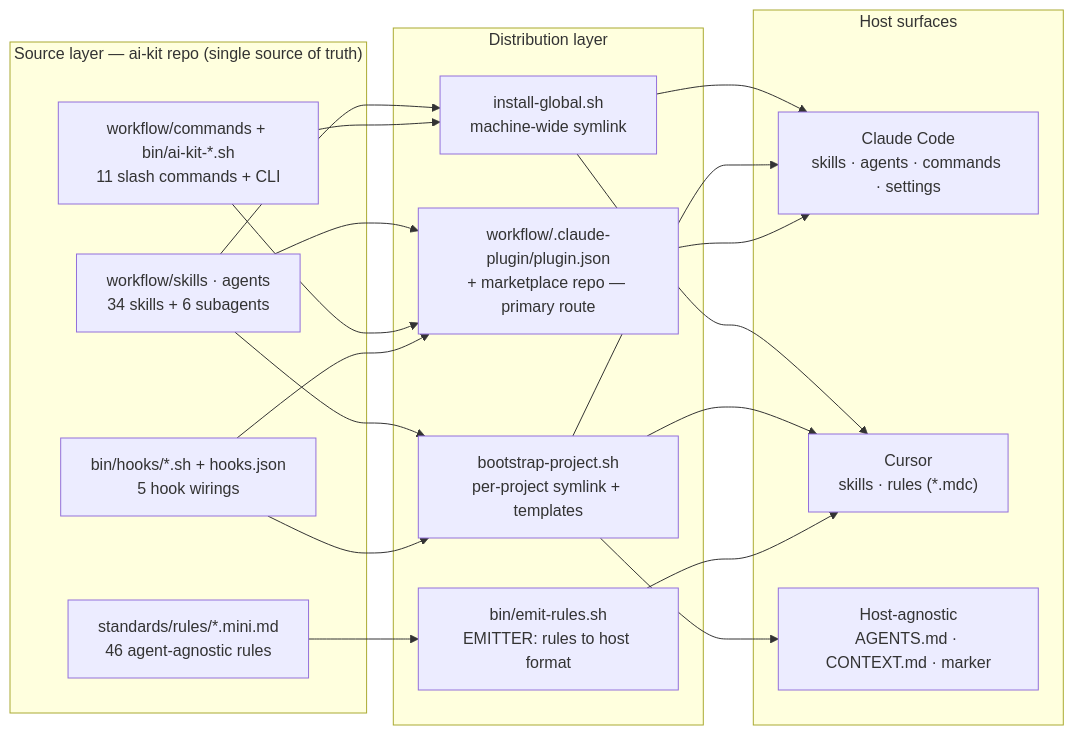
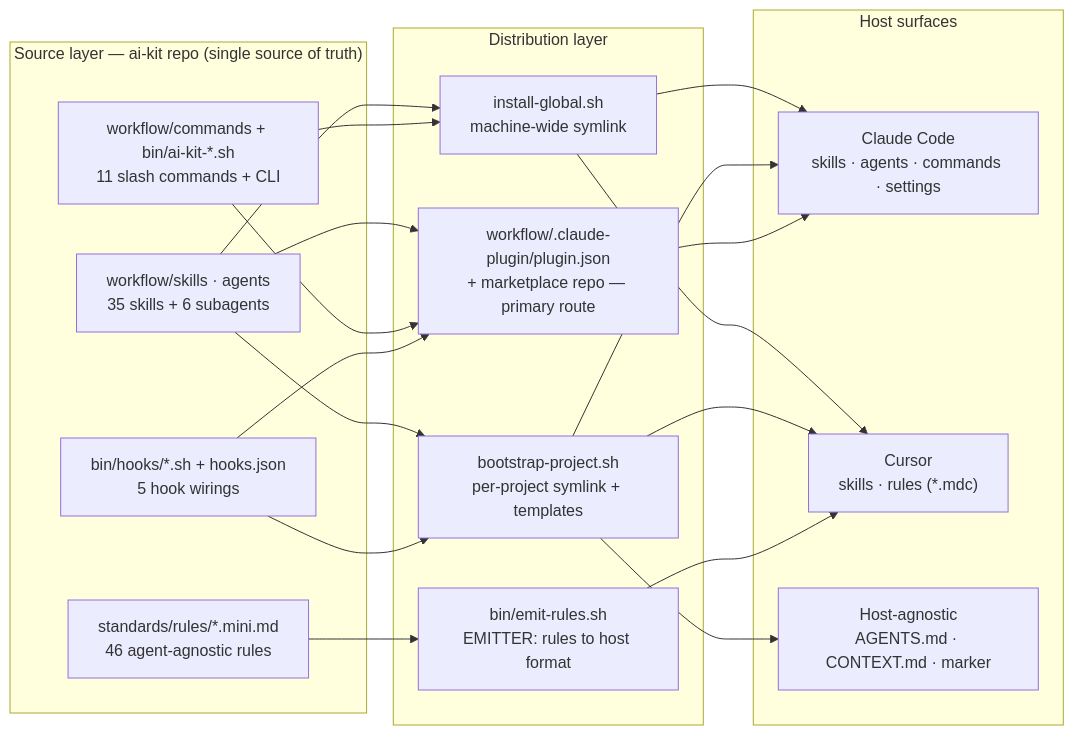
Before and after one commit to yusufkaracaburun/ai-kit: the first of 2 diagrams in docs/diagrams.md, drawn with Mermaid. The commit also changed 15 other files, not shown here.

````diff
--- a/docs/diagrams.md
+++ b/docs/diagrams.md
@@ -10,32 +10,32 @@
 ```mermaid
 flowchart LR
   subgraph SRC["Source layer — ai-kit repo (single source of truth)"]
-    SA["workflow/skills · agents<br/>34 skills + 6 subagents"]
+    SA["workflow/skills · agents<br/>35 skills + 6 subagents"]
     CB["workflow/commands + bin/ai-kit-*.sh<br/>11 slash commands + CLI"]
     H["bin/hooks/*.sh + hooks.json<br/>5 hook wirings"]
     R["standards/rules/*.mini.md<br/>46 agent-agnostic rules"]
   end
 
   subgraph DIST["Distribution layer"]
     IG["install-global.sh<br/>machine-wide symlink"]
     PL["workflow/.claude-plugin/plugin.json<br/>+ marketplace repo — primary route"]
     BP["bootstrap-project.sh<br/>per-project symlink + templates"]
     ER["bin/emit-rules.sh<br/>EMITTER: rules to host format"]
   end
 
   subgraph HOSTS["Host surfaces"]
     CC["Claude Code<br/>skills · agents · commands · settings"]
     CU["Cursor<br/>skills · rules (*.mdc)"]
     HA["Host-agnostic<br/>AGENTS.md · CONTEXT.md · marker"]
   end
 
   SA --> IG & BP & PL
   CB --> IG & PL
   H --> PL & BP
   R --> ER
 
   IG --> CC & CU
   BP --> CC & CU & HA
   PL --> CC
   ER --> CU
 ```
````
